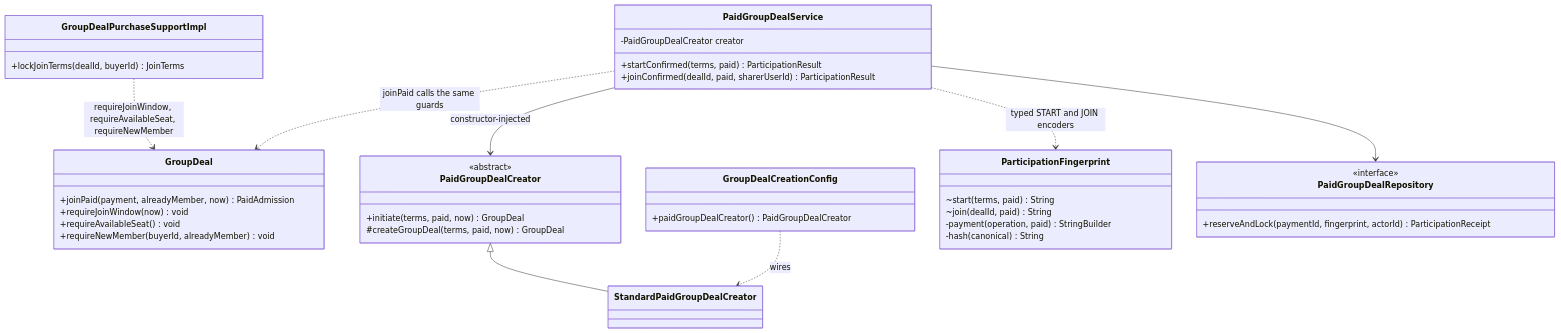
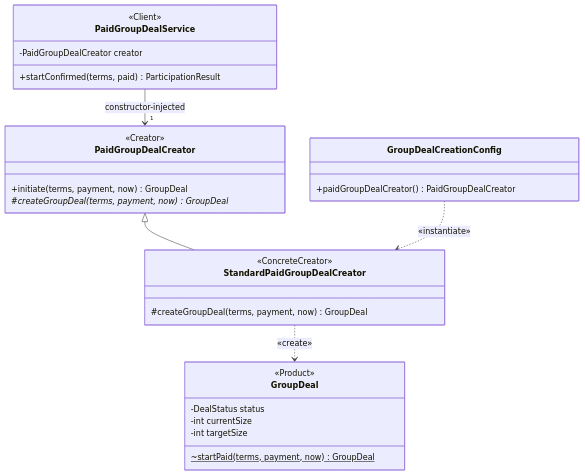
The tenth of 11 diagrams in docs/swe5006/report-drafts/eric-wang-contribution.md (PPsyrius/iss-groupbuy-team8), drawn with Mermaid before and after one commit. The commit also changed other lines of this file and 3 other files, not shown here.

````diff
--- a/docs/swe5006/report-drafts/eric-wang-contribution.md
+++ b/docs/swe5006/report-drafts/eric-wang-contribution.md
@@ -443,44 +679,31 @@
 ```mermaid
 classDiagram
-    class GroupDeal {
-        +joinPaid(payment, alreadyMember, now) PaidAdmission
-        +requireJoinWindow(now) void
-        +requireAvailableSeat() void
-        +requireNewMember(buyerId, alreadyMember) void
-    }
-    class GroupDealPurchaseSupportImpl {
-        +lockJoinTerms(dealId, buyerId) JoinTerms
-    }
     class PaidGroupDealService {
+        <<Client>>
         -PaidGroupDealCreator creator
         +startConfirmed(terms, paid) ParticipationResult
-        +joinConfirmed(dealId, paid, sharerUserId) ParticipationResult
     }
     class PaidGroupDealCreator {
-        <<abstract>>
-        +initiate(terms, paid, now) GroupDeal
-        #createGroupDeal(terms, paid, now) GroupDeal
+        <<Creator>>
+        +initiate(terms, payment, now) GroupDeal
+        #createGroupDeal(terms, payment, now)* GroupDeal
     }
-    class StandardPaidGroupDealCreator
+    class StandardPaidGroupDealCreator {
+        <<ConcreteCreator>>
+        #createGroupDeal(terms, payment, now) GroupDeal
+    }
+    class GroupDeal {
+        <<Product>>
+        -DealStatus status
+        -int currentSize
+        -int targetSize
+        ~startPaid(terms, payment, now)$ GroupDeal
+    }
     class GroupDealCreationConfig {
         +paidGroupDealCreator() PaidGroupDealCreator
     }
-    class ParticipationFingerprint {
-        ~start(terms, paid) String
-        ~join(dealId, paid) String
-        -payment(operation, paid) StringBuilder
-        -hash(canonical) String
-    }
-    class PaidGroupDealRepository {
-        <<interface>>
-        +reserveAndLock(paymentId, fingerprint, actorId) ParticipationReceipt
-    }
-
-    GroupDealPurchaseSupportImpl ..> GroupDeal : requireJoinWindow, requireAvailableSeat, requireNewMember
-    PaidGroupDealService ..> GroupDeal : joinPaid calls the same guards
-    PaidGroupDealService --> PaidGroupDealCreator : constructor-injected
+    PaidGroupDealService --> "1" PaidGroupDealCreator : constructor-injected
     PaidGroupDealCreator <|-- StandardPaidGroupDealCreator
-    GroupDealCreationConfig ..> StandardPaidGroupDealCreator : wires
-    PaidGroupDealService ..> ParticipationFingerprint : typed START and JOIN encoders
-    PaidGroupDealService --> PaidGroupDealRepository
+    StandardPaidGroupDealCreator ..> GroupDeal : «create»
+    GroupDealCreationConfig ..> StandardPaidGroupDealCreator : «instantiate»
 ```
````
